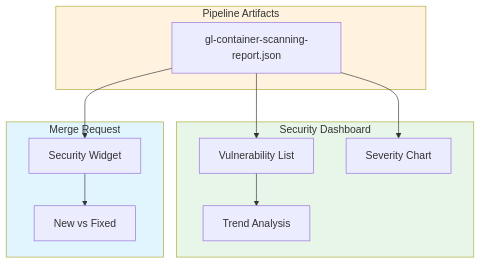
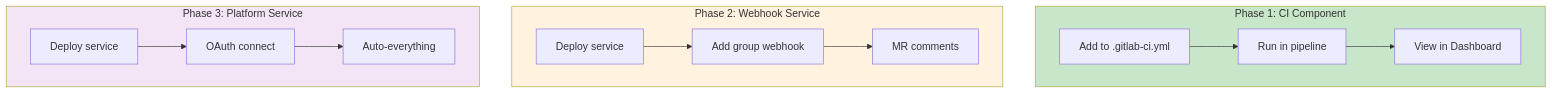
The ninth of 9 diagrams in docs/blog-technical-architecture.md (nelssec/qualys-gitlab), drawn with Mermaid before and after one commit. The commit also changed other lines of this file and 43 other files, not shown here.

````diff
--- a/docs/blog-technical-architecture.md
+++ b/docs/blog-technical-architecture.md
@@ -250,27 +452,30 @@
 ```mermaid
 flowchart TB
-    subgraph pipeline["Pipeline Artifacts"]
-        report["gl-container-scanning-report.json"]
+    subgraph phase1["Phase 1: CI Component"]
+        direction LR
+        P1A[Add to .gitlab-ci.yml]
+        P1B[Run in pipeline]
+        P1C[View in Dashboard]
+        P1A --> P1B --> P1C
     end
 
-    subgraph dashboard["Security Dashboard"]
-        list["Vulnerability List"]
-        severity["Severity Chart"]
-        trend["Trend Analysis"]
+    subgraph phase2["Phase 2: Webhook Service"]
+        direction LR
+        P2A[Deploy service]
+        P2B[Add group webhook]
+        P2C[MR comments]
+        P2A --> P2B --> P2C
     end
 
-    subgraph mr["Merge Request"]
-        widget["Security Widget"]
-        diff["New vs Fixed"]
+    subgraph phase3["Phase 3: Platform Service"]
+        direction LR
+        P3A[Deploy service]
+        P3B[OAuth connect]
+        P3C[Auto-everything]
+        P3A --> P3B --> P3C
     end
 
-    report --> list
-    report --> severity
-    list --> trend
-    report --> widget
-    widget --> diff
-
-    style pipeline fill:#fff3e0
-    style dashboard fill:#e8f5e9
-    style mr fill:#e1f5fe
+    style phase1 fill:#c8e6c9
+    style phase2 fill:#fff3e0
+    style phase3 fill:#f3e5f5
 ```
````
